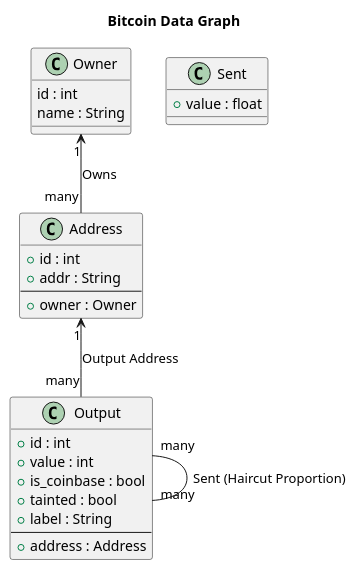
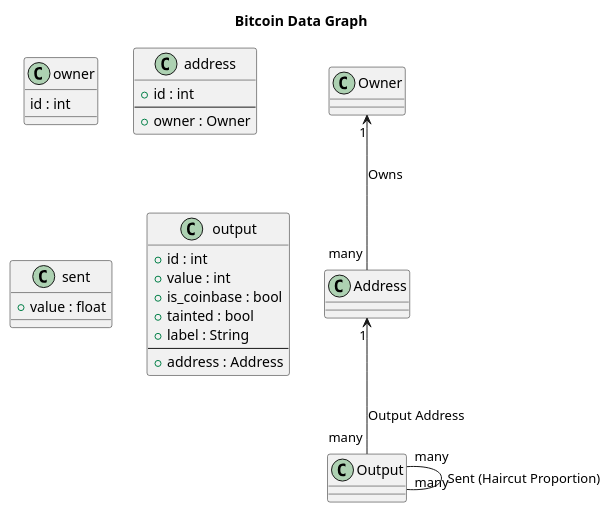
Before and after one commit to Enprogames/Bitcoin_JanusGraph: the diagram in docs/diagrams/output_graph.plantuml, drawn with PlantUML. The commit also changed 17 other files, not shown here.

Commit message:
Updated blockchain population, added index creation script to graph db, and added addresses graph population

```diff
--- a/docs/diagrams/output_graph.plantuml
+++ b/docs/diagrams/output_graph.plantuml
@@ -1,34 +1,32 @@
 @startuml
 title Bitcoin Data Graph
 
-class Owner {
+class owner {
     id : int
-    name : String
 }
 
-class Address {
+class address {
     + id : int
-    + addr : String
     ---
     + owner : Owner
 }
 
-class Sent {
+class sent {
     + value : float
 }
 
-class Output {
+class output {
     + id : int
     + value : int
     + is_coinbase : bool
     + tainted : bool
     + label : String
     ---
     + address : Address
 }
 
 Owner "1" <-- "many" Address : Owns
 Address "1" <-- "many" Output : Output Address
 Output "many" -- "many" Output : Sent (Haircut Proportion)
 
 @enduml
```
